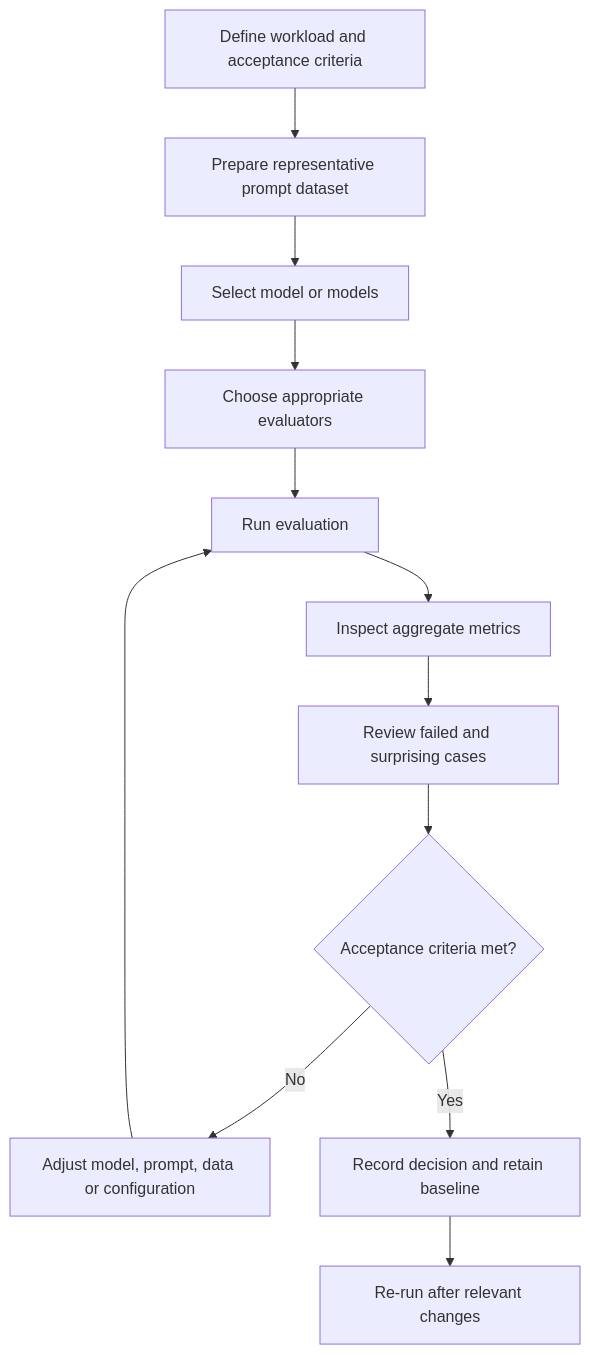
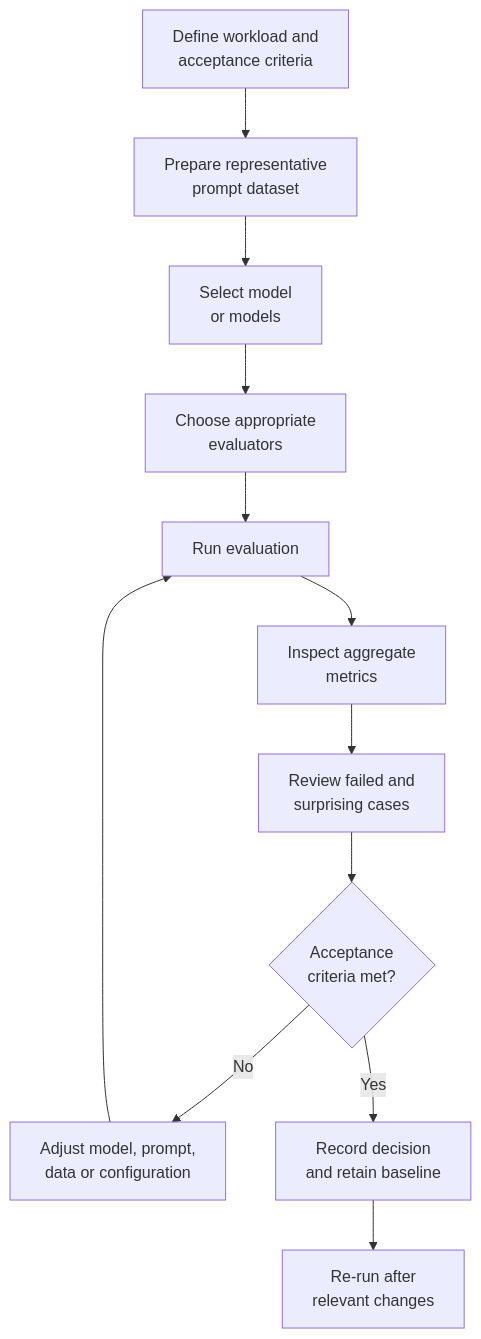
One commit to MihirKJha/enterprise-ai-engineering-handbook changed the third of 3 diagrams in docs/10-cloud-ai-engineering/01-azure-ai/generative-ai/01-azure-ai-architecture-and-model-lifecycle.md. Above: the diagram before and after it, drawn with Mermaid. The commit also changed other lines of this file, not shown here.

First line of the commit message:
update note 01-azure-ai-architecture-and-model-lifecycle.md

````diff
--- a/docs/10-cloud-ai-engineering/01-azure-ai/generative-ai/01-azure-ai-architecture-and-model-lifecycle.md
+++ b/docs/10-cloud-ai-engineering/01-azure-ai/generative-ai/01-azure-ai-architecture-and-model-lifecycle.md
@@ -517,14 +517,14 @@
 ``` mermaid
 flowchart TD
-    A[Define workload and acceptance criteria] --> B[Prepare representative prompt dataset]
-    B --> C[Select model or models]
-    C --> D[Choose appropriate evaluators]
+    A[Define workload and<br/> acceptance criteria] --> B[Prepare representative<br/> prompt dataset]
+    B --> C[Select model<br/> or models]
+    C --> D[Choose appropriate<br/> evaluators]
     D --> E[Run evaluation]
-    E --> F[Inspect aggregate metrics]
-    F --> G[Review failed and surprising cases]
-    G --> H{Acceptance criteria met?}
-    H -- No --> I[Adjust model, prompt, data or configuration]
+    E --> F[Inspect aggregate<br/> metrics]
+    F --> G[Review failed and<br/> surprising cases]
+    G --> H{Acceptance <br/>criteria met?}
+    H -- No --> I[Adjust model, prompt,<br/> data or configuration]
     I --> E
-    H -- Yes --> J[Record decision and retain baseline]
-    J --> K[Re-run after relevant changes]
+    H -- Yes --> J[Record decision <br/>and retain baseline]
+    J --> K[Re-run after <br/>relevant changes]
 ```
````
